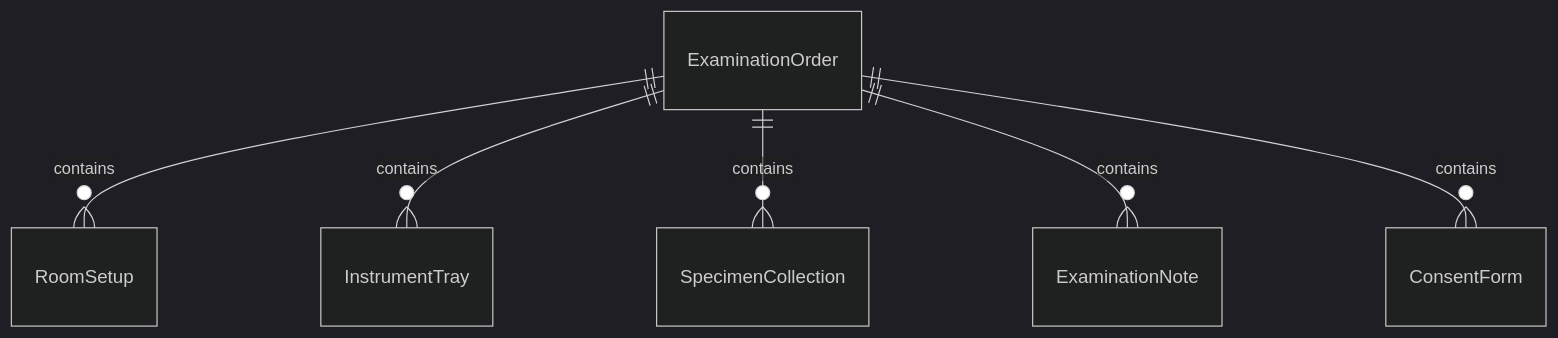
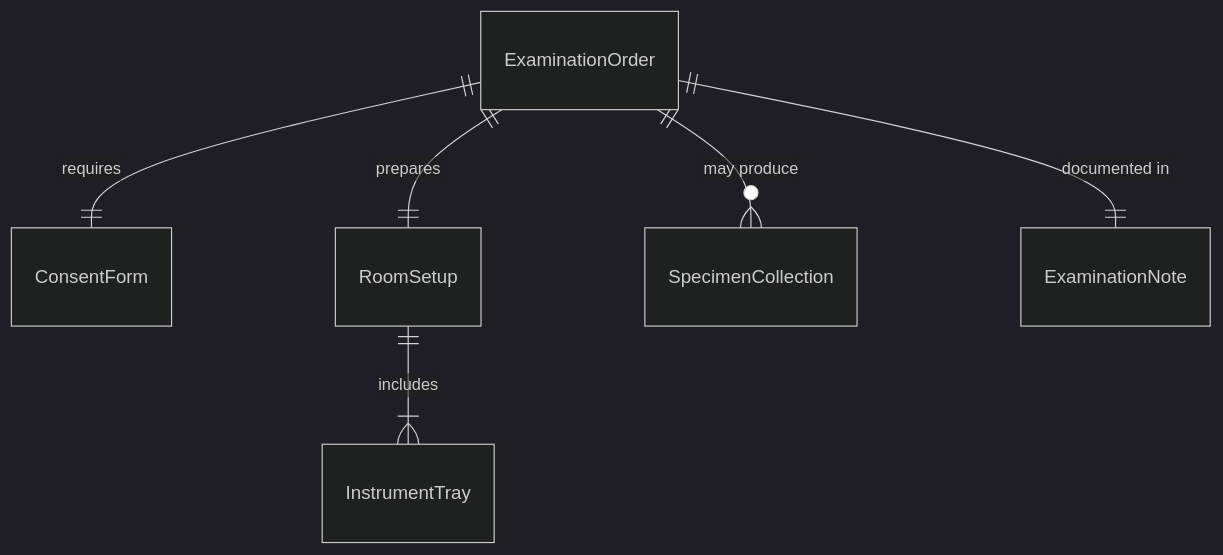
One commit to dot-org-ai/tasks.org.ai changed the first of 4 diagrams in AssistingAndCaringForOthers/AssistHealthcarePractitionersDuringMedicalProcedures/AssistHealthcarePractitionersDuringExaminations.mdx. Above: the diagram before and after it, drawn with Mermaid (dark theme). The commit also changed other lines of this file and 32 other files, not shown here.

First line of the commit message:
fix: Improve ER and State diagrams in 32 AssistingAndCaringForOthers DWA files

````diff
--- a/AssistingAndCaringForOthers/AssistHealthcarePractitionersDuringMedicalProcedures/AssistHealthcarePractitionersDuringExaminations.mdx
+++ b/AssistingAndCaringForOthers/AssistHealthcarePractitionersDuringMedicalProcedures/AssistHealthcarePractitionersDuringExaminations.mdx
@@ -88,8 +88,8 @@
 ```mermaid
 erDiagram
-    ExaminationOrder ||--o{ RoomSetup : contains
-    ExaminationOrder ||--o{ InstrumentTray : contains
-    ExaminationOrder ||--o{ SpecimenCollection : contains
-    ExaminationOrder ||--o{ ExaminationNote : contains
-    ExaminationOrder ||--o{ ConsentForm : contains
+    ExaminationOrder ||--|| ConsentForm : requires
+    ExaminationOrder ||--|| RoomSetup : prepares
+    RoomSetup ||--|{ InstrumentTray : includes
+    ExaminationOrder ||--o{ SpecimenCollection : "may produce"
+    ExaminationOrder ||--|| ExaminationNote : "documented in"
 ```
````
